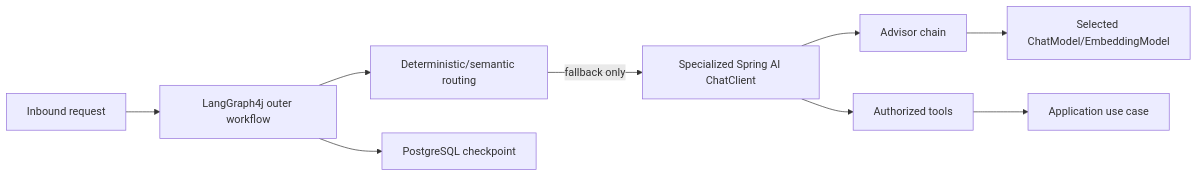
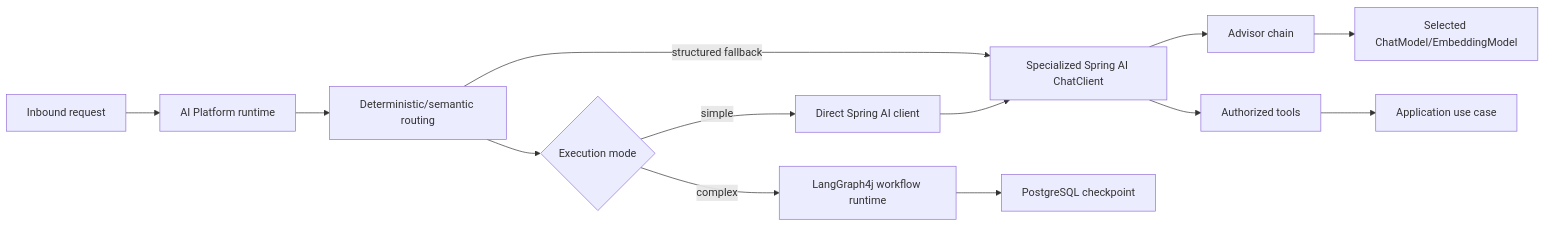
Before and after one commit to migangdelzar/emme-service: the fifth of 9 diagrams in docs/superpowers/specs/2026-08-28-ai-platform-consistency-and-graph-rag-design.md, drawn with Mermaid. The commit also changed other lines of this file, not shown here.

Commit message:
docs(ai): define contracts and platform modules

````diff
--- a/docs/superpowers/specs/2026-08-28-ai-platform-consistency-and-graph-rag-design.md
+++ b/docs/superpowers/specs/2026-08-28-ai-platform-consistency-and-graph-rag-design.md
@@ -383,11 +401,15 @@
 ```mermaid
 flowchart LR
-    R[Inbound request] --> G[LangGraph4j outer workflow]
-    G --> S[Deterministic/semantic routing]
-    S -->|fallback only| C[Specialized Spring AI ChatClient]
+    R[Inbound request] --> P[AI Platform runtime]
+    P --> S[Deterministic/semantic routing]
+    S --> E{Execution mode}
+    E -->|simple| D[Direct Spring AI client]
+    E -->|complex| G[LangGraph4j workflow runtime]
+    D --> C[Specialized Spring AI ChatClient]
+    S -->|structured fallback| C
     C --> A[Advisor chain]
     A --> M[Selected ChatModel/EmbeddingModel]
     C --> T[Authorized tools]
     T --> U[Application use case]
-    G --> P[PostgreSQL checkpoint]
+    G --> CP[PostgreSQL checkpoint]
 ```
````
